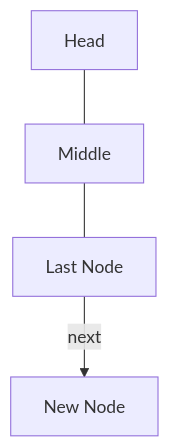
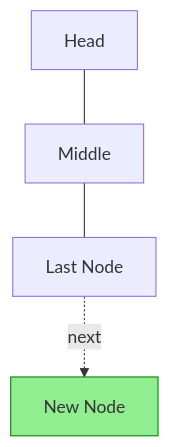
Before and after one commit to ghackenberg/course-python-programming: the diagram in Sessions/Session_08/Diagrams/Mermaid/insert_at_end.mmd, drawn with Mermaid. The commit also changed 41 other files, not shown here.

Commit message:
style(session-08): update diagrams and images for session 08

```diff
--- a/Sessions/Session_08/Diagrams/Mermaid/insert_at_end.mmd
+++ b/Sessions/Session_08/Diagrams/Mermaid/insert_at_end.mmd
@@ -1,3 +1,5 @@
 graph TB
     H[Head] --- M[Middle] --- L[Last Node]
-    L -- next --> N[New Node]
+    L -. next .-> N[New Node]
+
+    style N fill:lightgreen,stroke:green
```
